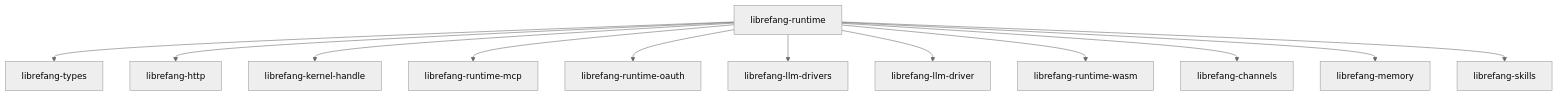
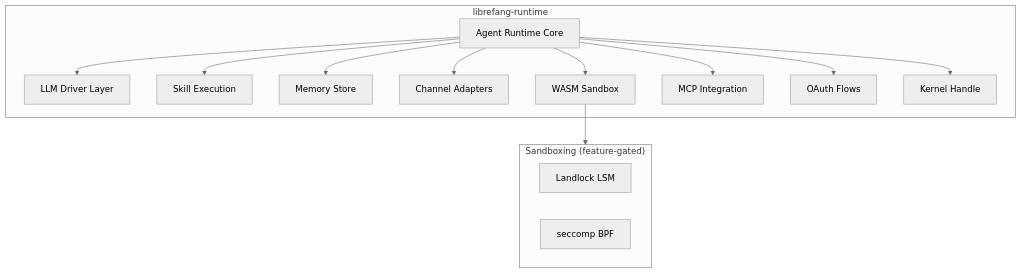
Before and after one commit to leszek3737/librefang-WIki: the diagram in other-librefang-runtime.md, drawn with Mermaid (neutral theme). The commit also changed other lines of this file and 93 other files, not shown here.

````diff
--- a/other-librefang-runtime.md
+++ b/other-librefang-runtime.md
@@ -11,14 +9,21 @@
 ```mermaid
-graph TD
-    RT[librefang-runtime] --> TYPES[librefang-types]
-    RT --> HTTP[librefang-http]
-    RT --> KH[librefang-kernel-handle]
-    RT --> MCP[librefang-runtime-mcp]
-    RT --> OAUTH[librefang-runtime-oauth]
-    RT --> LLM_DRV[librefang-llm-drivers]
-    RT --> LLM_D[librefang-llm-driver]
-    RT --> WASM[librefang-runtime-wasm]
-    RT --> CH[librefang-channels]
-    RT --> MEM[librefang-memory]
-    RT --> SK[librefang-skills]
+graph TB
+    subgraph Runtime ["librefang-runtime"]
+        RT[Agent Runtime Core]
+        RT --> LLM[LLM Driver Layer]
+        RT --> SK[Skill Execution]
+        RT --> MEM[Memory Store]
+        RT --> CH[Channel Adapters]
+        RT --> WASM[WASM Sandbox]
+        RT --> MCP[MCP Integration]
+        RT --> OAUTH[OAuth Flows]
+        RT --> KH[Kernel Handle]
+    end
+
+    subgraph Sandboxing ["Sandboxing (feature-gated)"]
+        LL[Landlock LSM]
+        SC[seccomp BPF]
+    end
+
+    WASM --> Sandboxing
 ```
````
